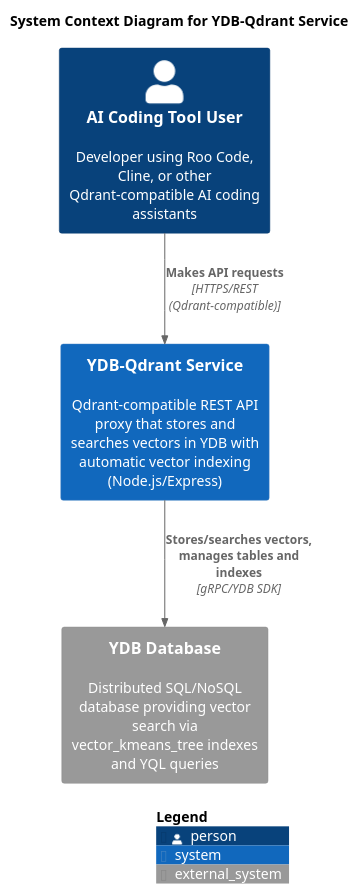
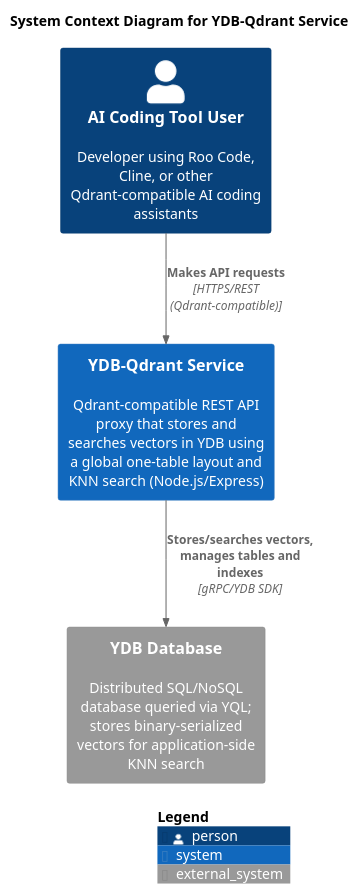
The diagram in schemas/C4-context.puml (astandrik/ydb-qdrant), drawn with PlantUML before and after one commit. The commit also changed 41 other files, not shown here.

Commit message:
feat!:  leave only one-table mode

```diff
--- a/schemas/C4-context.puml
+++ b/schemas/C4-context.puml
@@ -1,17 +1,17 @@
 @startuml C4_Context
 !include https://raw.githubusercontent.com/plantuml-stdlib/C4-PlantUML/master/C4_Context.puml
 
 title System Context Diagram for YDB-Qdrant Service
 
 Person(developer, "AI Coding Tool User", "Developer using Roo Code, Cline, or other Qdrant-compatible AI coding assistants")
 
-System(ydbQdrant, "YDB-Qdrant Service", "Qdrant-compatible REST API proxy that stores and searches vectors in YDB with automatic vector indexing (Node.js/Express)")
+System(ydbQdrant, "YDB-Qdrant Service", "Qdrant-compatible REST API proxy that stores and searches vectors in YDB using a global one-table layout and KNN search (Node.js/Express)")
 
-System_Ext(ydb, "YDB Database", "Distributed SQL/NoSQL database providing vector search via vector_kmeans_tree indexes and YQL queries")
+System_Ext(ydb, "YDB Database", "Distributed SQL/NoSQL database queried via YQL; stores binary-serialized vectors for application-side KNN search")
 
 Rel(developer, ydbQdrant, "Makes API requests", "HTTPS/REST (Qdrant-compatible)")
 Rel(ydbQdrant, ydb, "Stores/searches vectors, manages tables and indexes", "gRPC/YDB SDK")
 
 SHOW_LEGEND()
 
 @enduml
```
